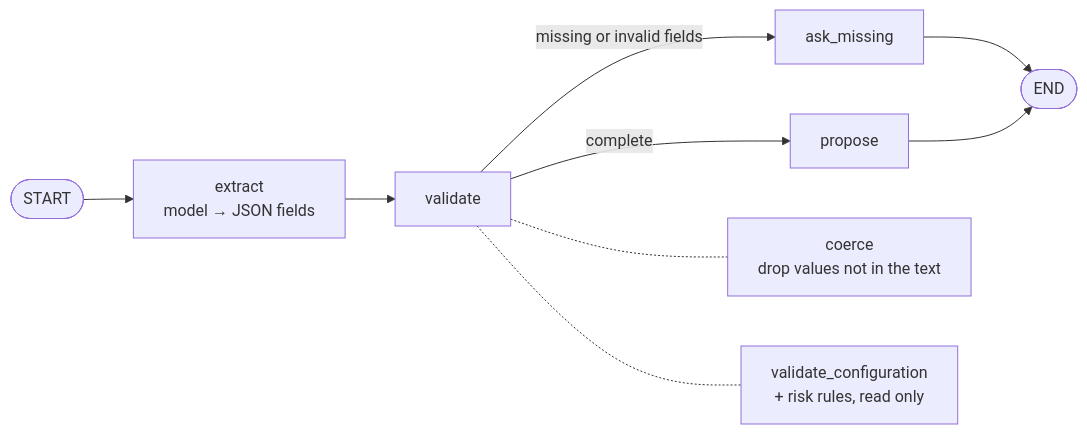
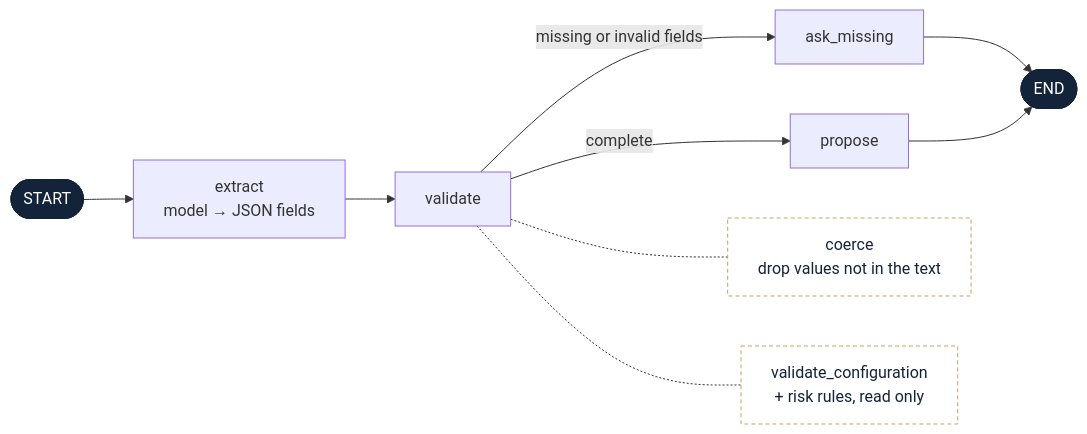
One commit to CardozoEIA/trading_simulator changed the seventh of 9 diagrams in docs/agents.md. Above: the diagram before and after it, drawn with Mermaid. The commit also changed other lines of this file and 8 other files, not shown here.

First line of the commit message:
docs(agents): export every per-agent diagram with its tools

````diff
--- a/docs/agents.md
+++ b/docs/agents.md
@@ -150,11 +234,18 @@
 ```mermaid
 flowchart LR
     S([START]) --> X[extract<br/>model → JSON fields]
     X --> V[validate]
     V -->|missing or invalid fields| AM[ask_missing]
     V -->|complete| P[propose]
     AM & P --> E([END])
 
     V -.- c[coerce<br/>drop values not in the text]
     V -.- r[validate_configuration<br/>+ risk rules, read only]
+
+    classDef io fill:#13233a,stroke:#13233a,color:#ffffff
+    classDef tool fill:#ffffff,stroke:#c9a15c,stroke-dasharray:4 3,color:#13233a
+    classDef data fill:#fbf6ec,stroke:#c9a15c,color:#13233a
+    classDef subflow fill:#e4ecf8,stroke:#2f63ad,stroke-width:2px,color:#13233a
+    class S,E io
+    class c,r tool
 ```
````
